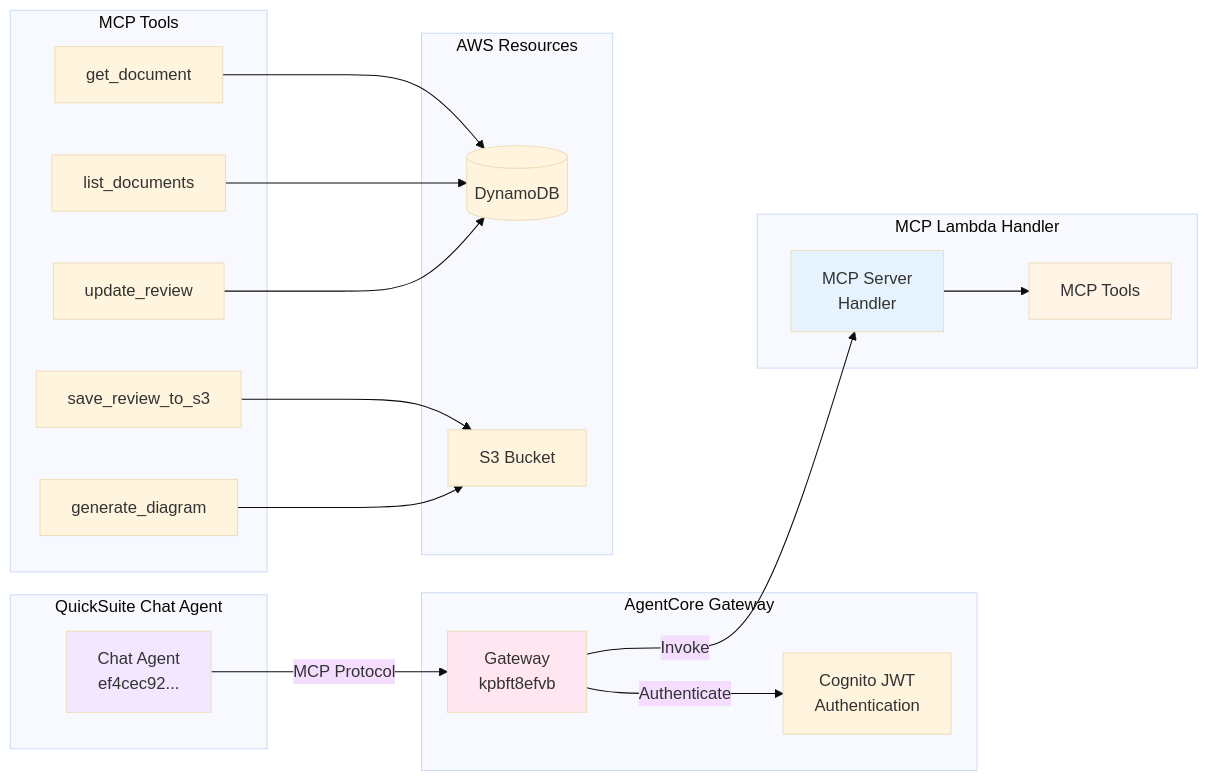
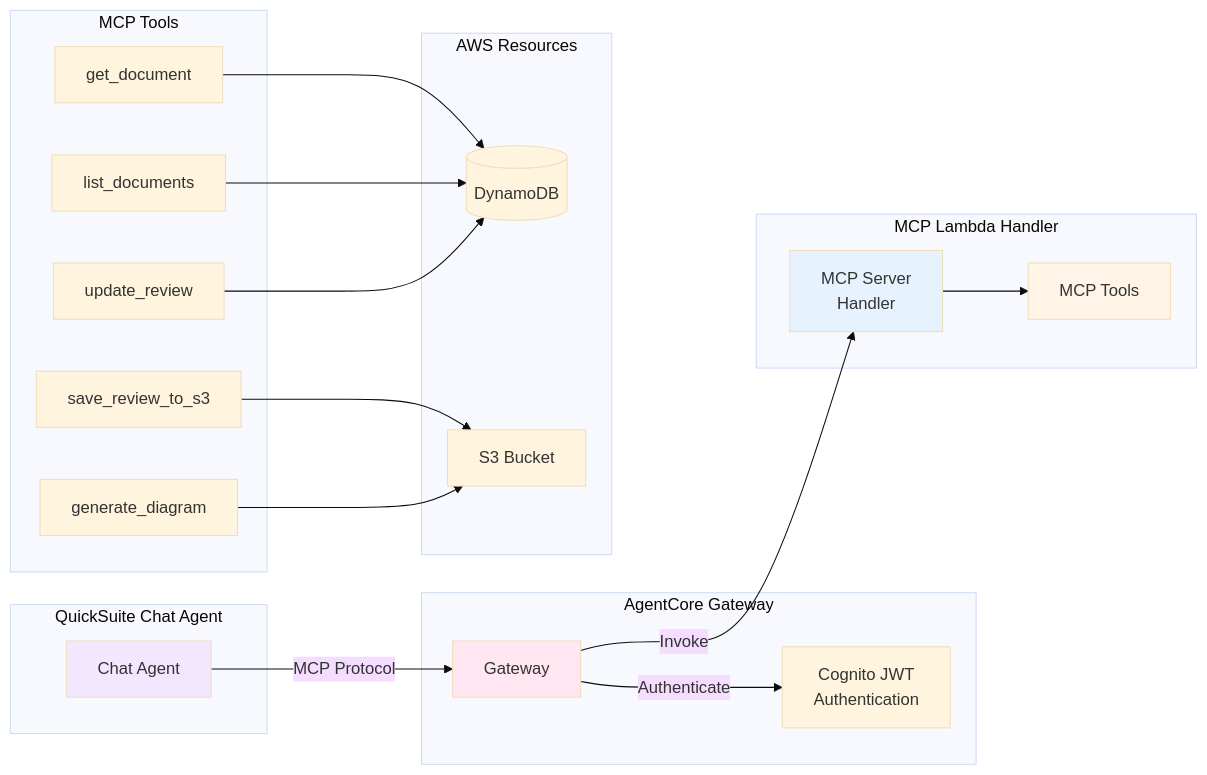
One commit to ironpe/architecture-review-using-quicksuite-chatagent-embeding changed the fifth of 9 diagrams in docs/ARCHITECTURE.md. Above: the diagram before and after it, drawn with Mermaid (base theme). The commit also changed other lines of this file, not shown here.

First line of the commit message:
docs: fix data model ERD to match actual implementation

````diff
--- a/docs/ARCHITECTURE.md
+++ b/docs/ARCHITECTURE.md
@@ -194,44 +194,44 @@
 ```mermaid
 graph LR
     subgraph "QuickSuite Chat Agent"
-        Agent[Chat Agent<br/>ef4cec92...]
+        Agent[Chat Agent]
     end
 
     subgraph "AgentCore Gateway"
-        Gateway[Gateway<br/>kpbft8efvb]
+        Gateway[Gateway]
         Auth[Cognito JWT<br/>Authentication]
     end
 
     subgraph "MCP Lambda Handler"
         MCPServer[MCP Server<br/>Handler]
         Tools[MCP Tools]
     end
 
     subgraph "MCP Tools"
         Tool1[get_document]
         Tool2[list_documents]
         Tool3[update_review]
         Tool4[save_review_to_s3]
         Tool5[generate_diagram]
     end
 
     subgraph "AWS Resources"
         DDB[(DynamoDB)]
         S3B[S3 Bucket]
     end
 
     Agent -->|MCP Protocol| Gateway
     Gateway -->|Authenticate| Auth
     Gateway -->|Invoke| MCPServer
     MCPServer --> Tools
     Tool1 --> DDB
     Tool2 --> DDB
     Tool3 --> DDB
     Tool4 --> S3B
     Tool5 --> S3B
 
     style Agent fill:#f3e6ff
     style Gateway fill:#ffe6f0
     style MCPServer fill:#e6f3ff
     style Tools fill:#fff4e6
 ```
````
